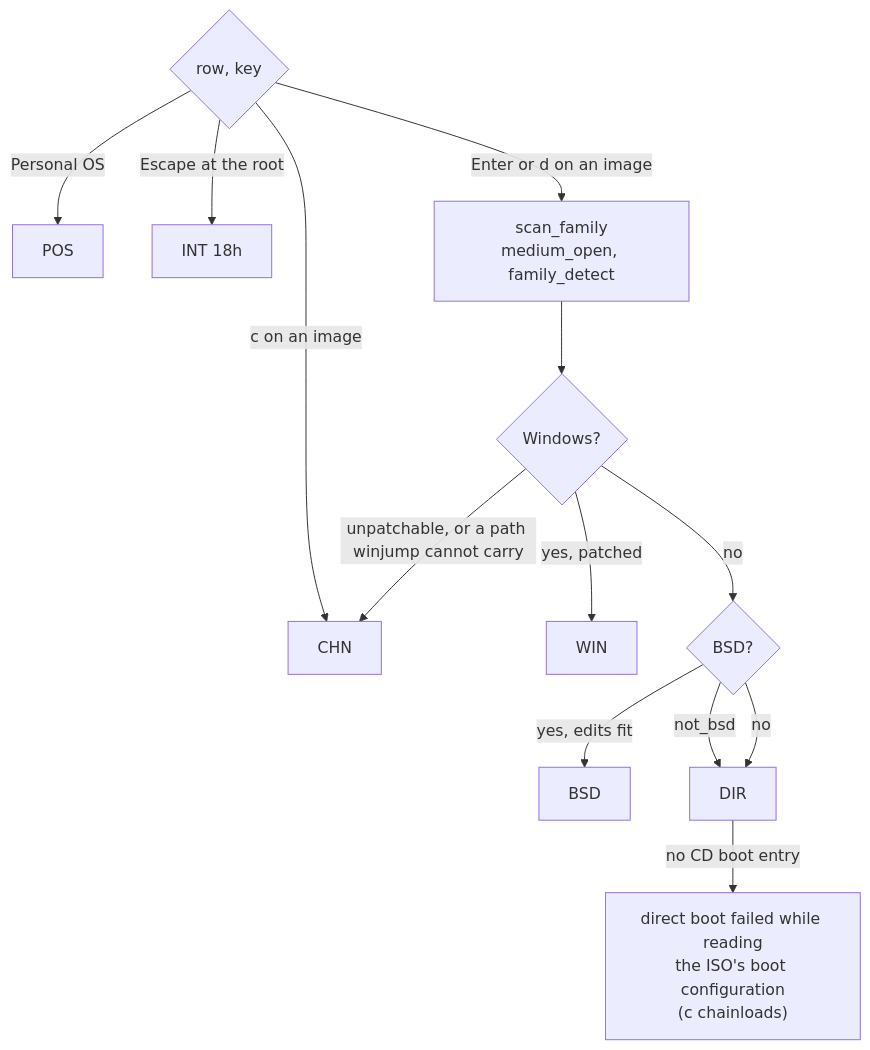
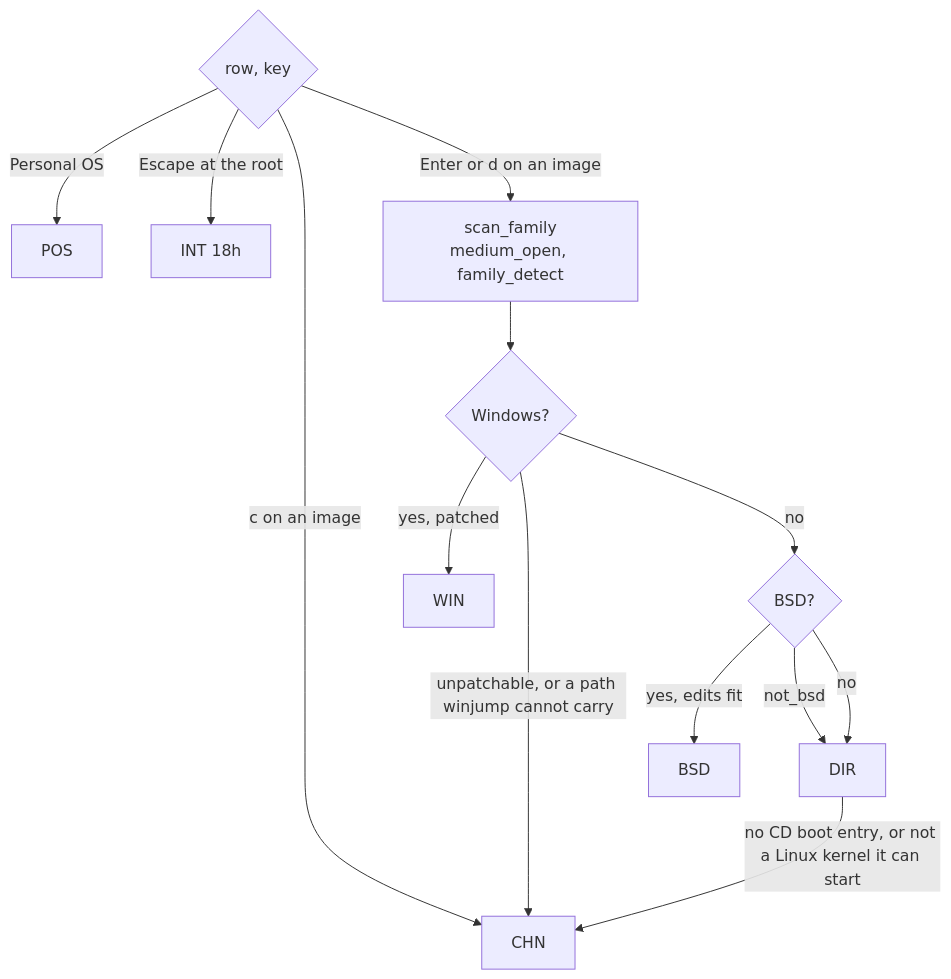
Diagram 15 of 22 in docs/DESIGN.md (vifair22/falcon-boot), drawn with Mermaid before and after one commit. The commit also changed other lines of this file and 7 other files, not shown here.

First line of the commit message:
Fall through from a direct boot to the medium's own loader on BIOS

````diff
--- a/docs/DESIGN.md
+++ b/docs/DESIGN.md
@@ -3129,16 +3129,16 @@
 ```mermaid
 flowchart TD
     ROW{"row, key"}
     ROW -- "Personal OS" --> POS[POS]
     ROW -- "Escape at the root" --> FW["INT 18h"]
     ROW -- "c on an image" --> CHN[CHN]
     ROW -- "Enter or d on an image" --> MED["scan_family<br/>medium_open, family_detect"]
     MED --> W{"Windows?"}
     W -- "yes, patched" --> WIN[WIN]
     W -- "unpatchable, or a path winjump cannot carry" --> CHN
     W -- no --> B{"BSD?"}
     B -- "yes, edits fit" --> BSD[BSD]
     B -- "not_bsd" --> DIR
     B -- no --> DIR[DIR]
-    DIR -- "no CD boot entry" --> STOP["direct boot failed while reading<br/>the ISO's boot configuration<br/>(c chainloads)"]
+    DIR -- "no CD boot entry, or not a Linux kernel it can start" --> CHN
 ```
````
